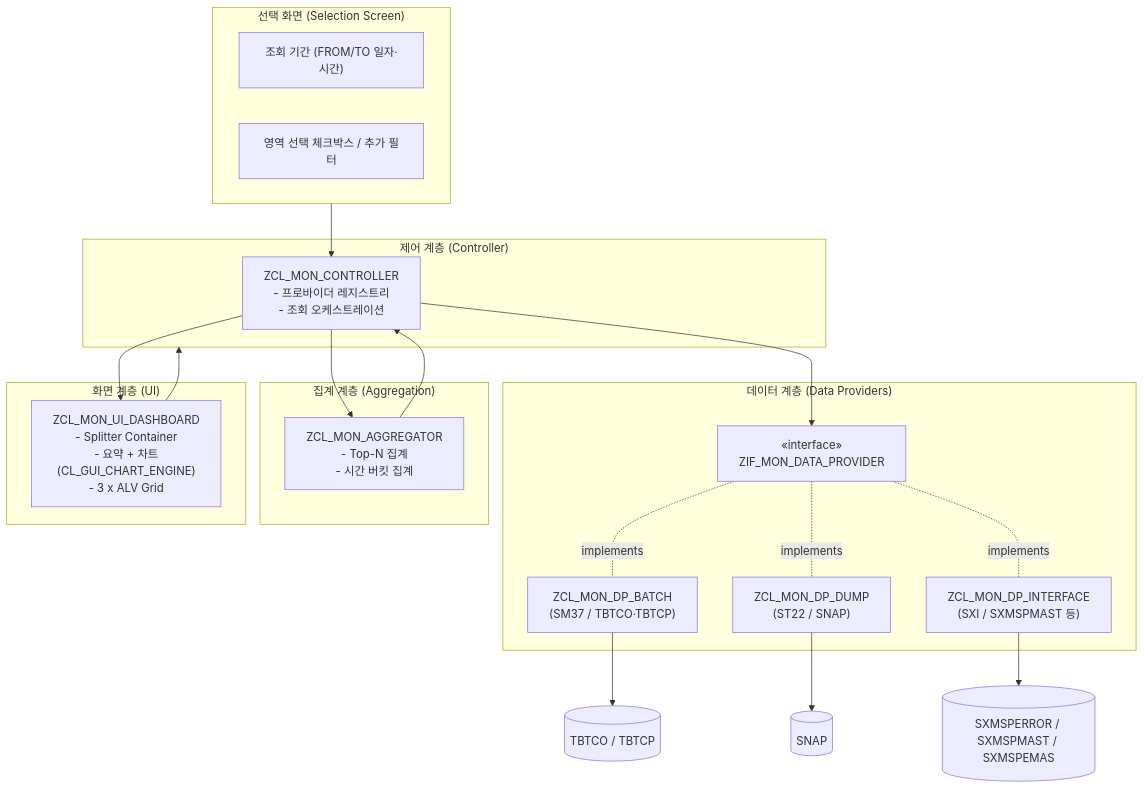
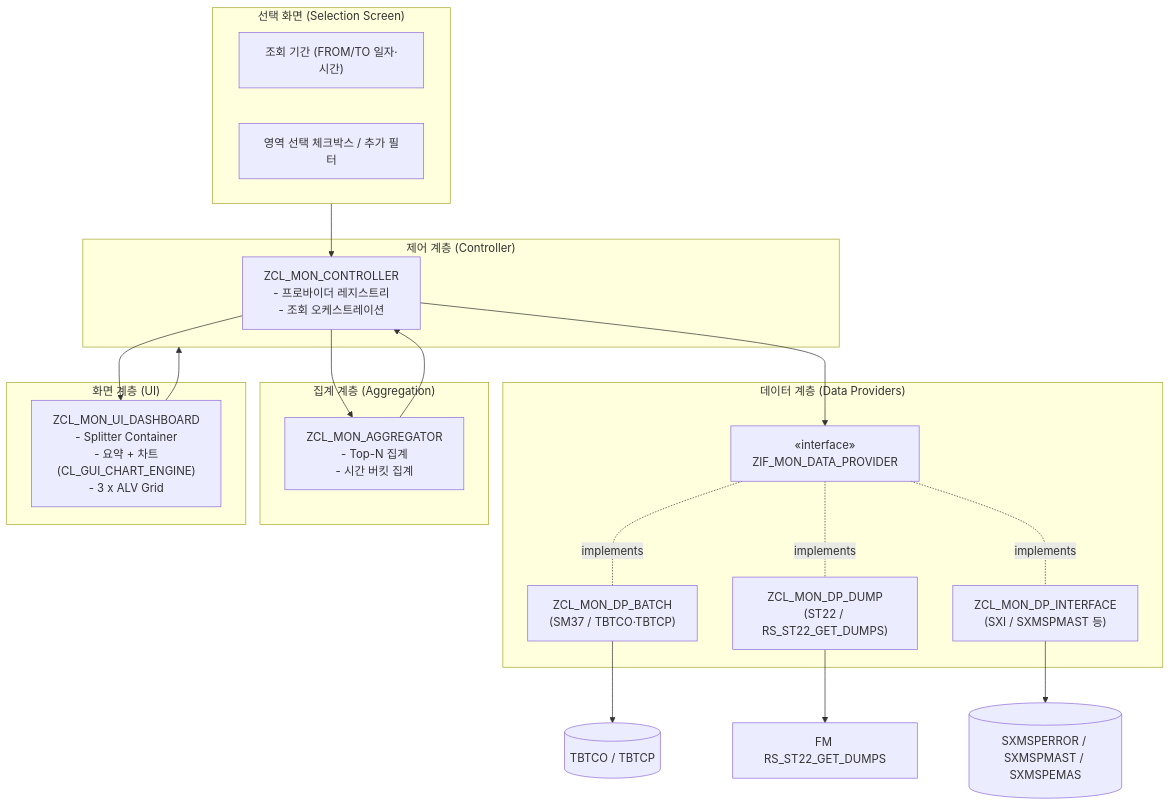
Before and after one commit to hyosungitx00/AI: the first of 2 diagrams in docs/design/integrated-ops-monitor-design.md, drawn with Mermaid. The commit also changed other lines of this file, not shown here.

Commit message:
docs: O-6~O-11 일괄 반영(v0.3) - ST22 RS_ST22_GET_DUMPS/DUMPID, SXI 필드 확정, P_MAXROW, 차트 Top-N 키, Open Issues 정리

````diff
--- a/docs/design/integrated-ops-monitor-design.md
+++ b/docs/design/integrated-ops-monitor-design.md
@@ -122,39 +122,39 @@
 ```mermaid
 flowchart TB
     subgraph SEL["선택 화면 (Selection Screen)"]
         P1["조회 기간 (FROM/TO 일자·시간)"]
         P2["영역 선택 체크박스 / 추가 필터"]
     end
 
     subgraph CTRL["제어 계층 (Controller)"]
         C1["ZCL_MON_CONTROLLER\n- 프로바이더 레지스트리\n- 조회 오케스트레이션"]
     end
 
     subgraph DP["데이터 계층 (Data Providers)"]
         D1["ZCL_MON_DP_BATCH\n(SM37 / TBTCO·TBTCP)"]
-        D2["ZCL_MON_DP_DUMP\n(ST22 / SNAP)"]
+        D2["ZCL_MON_DP_DUMP\n(ST22 / RS_ST22_GET_DUMPS)"]
         D3["ZCL_MON_DP_INTERFACE\n(SXI / SXMSPMAST 등)"]
         IF["«interface»\nZIF_MON_DATA_PROVIDER"]
     end
 
     subgraph AGG["집계 계층 (Aggregation)"]
         A1["ZCL_MON_AGGREGATOR\n- Top-N 집계\n- 시간 버킷 집계"]
     end
 
     subgraph UI["화면 계층 (UI)"]
         U1["ZCL_MON_UI_DASHBOARD\n- Splitter Container\n- 요약 + 차트(CL_GUI_CHART_ENGINE)\n- 3 x ALV Grid"]
     end
 
     SEL --> C1
     C1 --> IF
     IF -.implements.- D1
     IF -.implements.- D2
     IF -.implements.- D3
     D1 --> DB1[("TBTCO / TBTCP")]
-    D2 --> DB2[("SNAP")]
+    D2 --> DB2["FM RS_ST22_GET_DUMPS"]
     D3 --> DB3[("SXMSPERROR / SXMSPMAST / SXMSPEMAS")]
     C1 --> A1
     A1 --> C1
     C1 --> U1
     U1 --> CTRL
 ```
````
